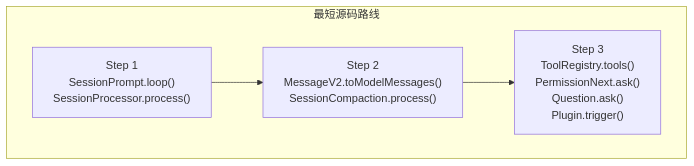
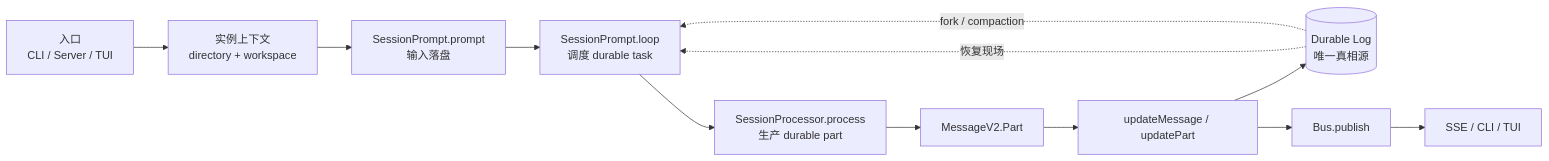
Before and after one commit to feuyeux/agent-study: the fourth of 4 diagrams in opencode_kickoff/00-opencode_ko.md, drawn with Mermaid. The commit also changed other lines of this file and 21 other files, not shown here.

````diff
--- a/opencode_kickoff/00-opencode_ko.md
+++ b/opencode_kickoff/00-opencode_ko.md
@@ -76,11 +315,15 @@
 ```mermaid
-flowchart LR
-    subgraph 最短源码路线
-        direction LR
-        S1["Step 1<br/>SessionPrompt.loop()<br/>SessionProcessor.process()"]
-        S2["Step 2<br/>MessageV2.toModelMessages()<br/>SessionCompaction.process()"]
-        S3["Step 3<br/>ToolRegistry.tools()<br/>PermissionNext.ask()<br/>Question.ask()<br/>Plugin.trigger()"]
-    end
+graph LR
+    Entry["入口<br/>CLI / Server / TUI"] --> Instance["实例上下文<br/>directory + workspace"]
+    Instance --> Prompt["SessionPrompt.prompt<br/>输入落盘"]
+    Prompt --> Loop["SessionPrompt.loop<br/>调度 durable task"]
+    Loop --> Processor["SessionProcessor.process<br/>生产 durable part"]
+    Processor --> Parts["MessageV2.Part"]
+    Parts --> Write["updateMessage / updatePart"]
+    Write --> Log[("Durable Log<br/>唯一真相源")]
+    Write --> Bus["Bus.publish"]
+    Bus --> Events["SSE / CLI / TUI"]
 
-    S1 --> S2 --> S3
+    Log -.->|恢复现场| Loop
+    Log -.->|fork / compaction| Loop
 ```
````
